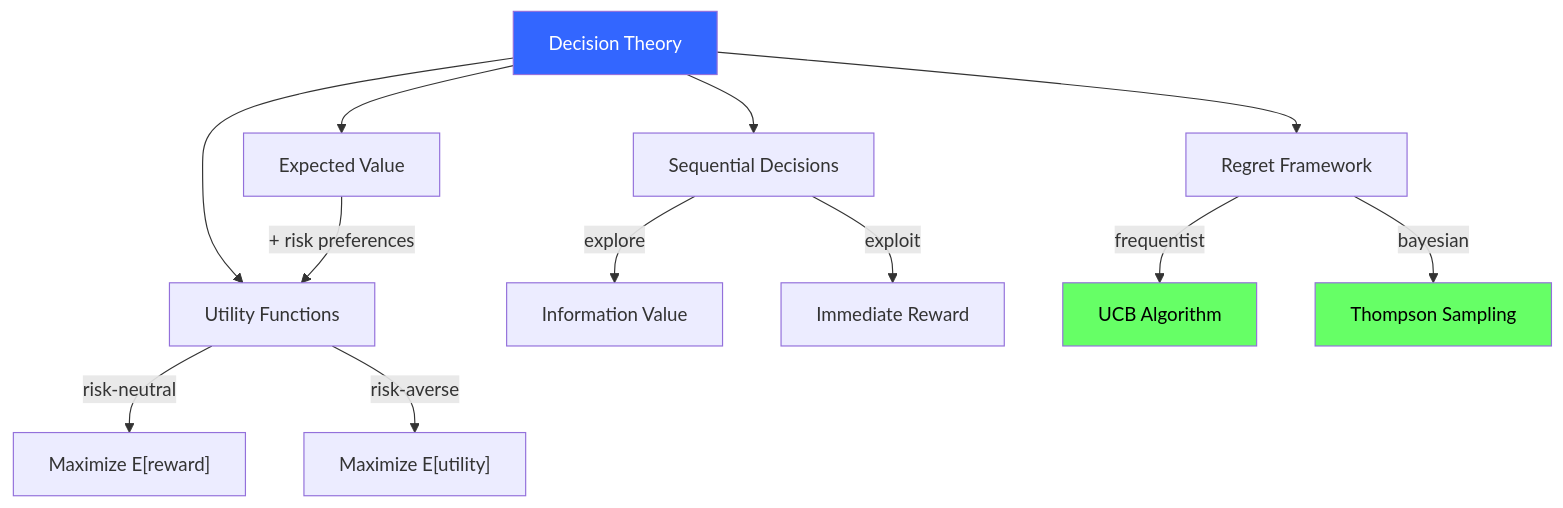
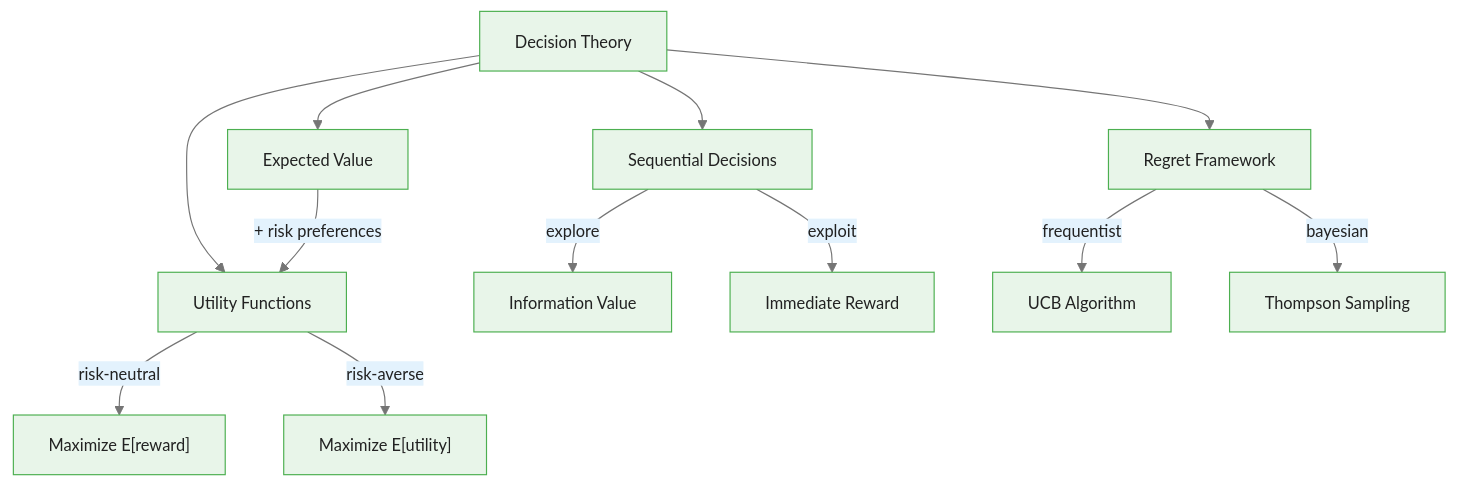
Before and after one commit to m-deane/course-creator: the fourth of 4 diagrams in courses/multi-armed-bandits-ab-testing/modules/module_00_foundations/guides/03_decision_theory_basics_slides.md, drawn with Mermaid. The commit also changed other lines of this file and 146 other files, not shown here.

````diff
--- a/courses/multi-armed-bandits-ab-testing/modules/module_00_foundations/guides/03_decision_theory_basics_slides.md
+++ b/courses/multi-armed-bandits-ab-testing/modules/module_00_foundations/guides/03_decision_theory_basics_slides.md
@@ -403,21 +427,18 @@
 ```mermaid
+%%{init: {"theme": "base", "themeVariables": {"primaryColor": "#e8f5e9", "primaryBorderColor": "#4caf50", "primaryTextColor": "#212121", "secondaryColor": "#e3f2fd", "tertiaryColor": "#fff8e1", "lineColor": "#757575", "fontFamily": "Inter, sans-serif", "fontSize": "14px"}}}%%
 flowchart TD
     DT["Decision Theory"] --> EV["Expected Value"]
     DT --> U["Utility Functions"]
     DT --> Seq["Sequential Decisions"]
     DT --> Reg["Regret Framework"]
 
     EV --> |"+ risk preferences"| U
     U --> |"risk-neutral"| RN["Maximize E[reward]"]
     U --> |"risk-averse"| RA["Maximize E[utility]"]
 
     Seq --> |"explore"| Info["Information Value"]
     Seq --> |"exploit"| Imm["Immediate Reward"]
 
     Reg --> |"frequentist"| UCB["UCB Algorithm"]
     Reg --> |"bayesian"| TS["Thompson Sampling"]
-
-    style DT fill:#36f,color:#fff
-    style UCB fill:#6f6,color:#000
-    style TS fill:#6f6,color:#000
 ```
````
